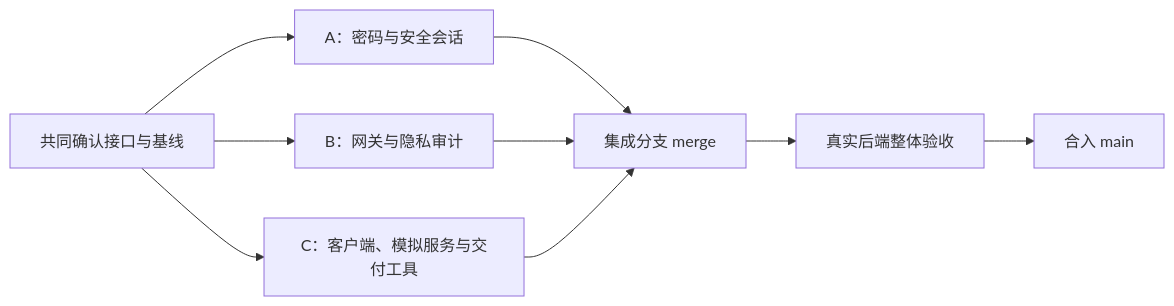
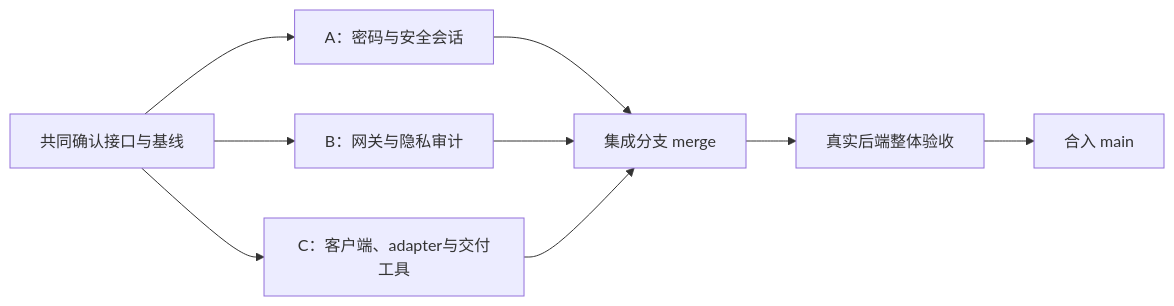
The second of 2 diagrams in docs/implementation_plan.md (bljfy/gateway), drawn with Mermaid before and after one commit. The commit also changed other lines of this file and 55 other files, not shown here.

````diff
--- a/docs/implementation_plan.md
+++ b/docs/implementation_plan.md
@@ -343,11 +351,11 @@
 ```mermaid
 flowchart LR
     S[共同确认接口与基线] --> A[A：密码与安全会话]
     S --> B[B：网关与隐私审计]
-    S --> C[C：客户端、模拟服务与交付工具]
+    S --> C[C：客户端、adapter与交付工具]
     A --> I[集成分支 merge]
     B --> I
     C --> I
     I --> V[真实后端整体验收]
     V --> M[合入 main]
 ```
````
